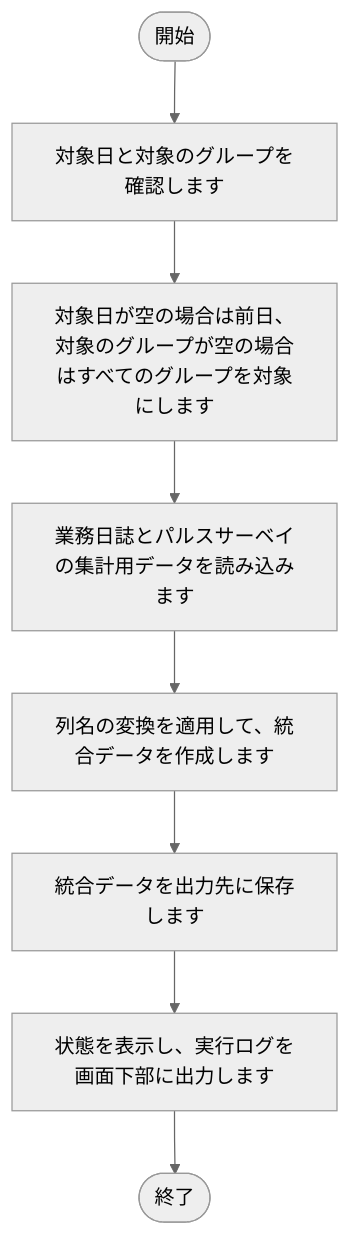
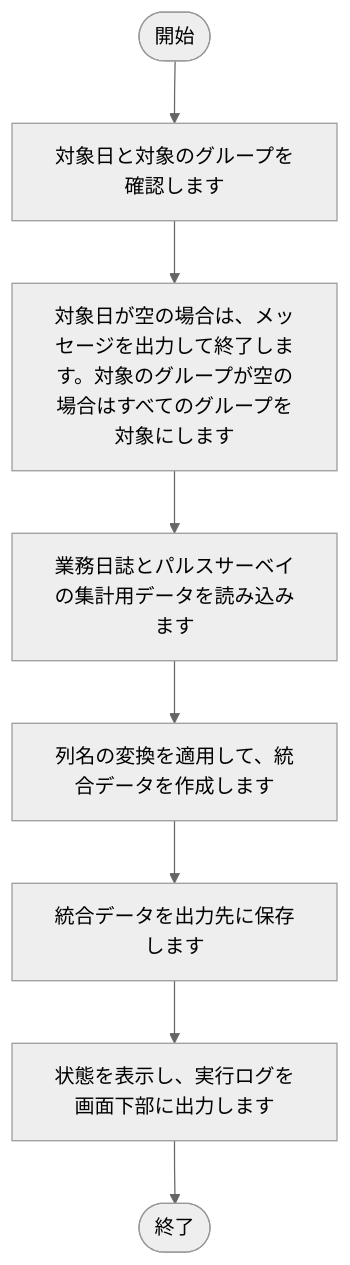
The fourth of 25 diagrams in tool/kintone-aggregator/doc/02_設計/処理フロー.md (nishida2073/project_management), drawn with Mermaid (neutral theme) before and after one commit. The commit also changed other lines of this file and 11 other files, not shown here.

````diff
--- a/tool/kintone-aggregator/doc/02_設計/処理フロー.md
+++ b/tool/kintone-aggregator/doc/02_設計/処理フロー.md
@@ -125,18 +125,18 @@
 ```mermaid
 flowchart TD
     S(["開始"])
     E(["終了"])
     N1["対象日と対象のグループを確認します"]
     S --> N1
-    N2["対象日が空の場合は前日、対象のグループが空の場合はすべてのグループを対象にします"]
+    N2["対象日が空の場合は、メッセージを出力して終了します。対象のグループが空の場合はすべてのグループを対象にします"]
     N1 --> N2
     N3["業務日誌とパルスサーベイの集計用データを読み込みます"]
     N2 --> N3
     N4["列名の変換を適用して、統合データを作成します"]
     N3 --> N4
     N5["統合データを出力先に保存します"]
     N4 --> N5
     N6["状態を表示し、実行ログを画面下部に出力します"]
     N5 --> N6
     N6 --> E
 ```
````
